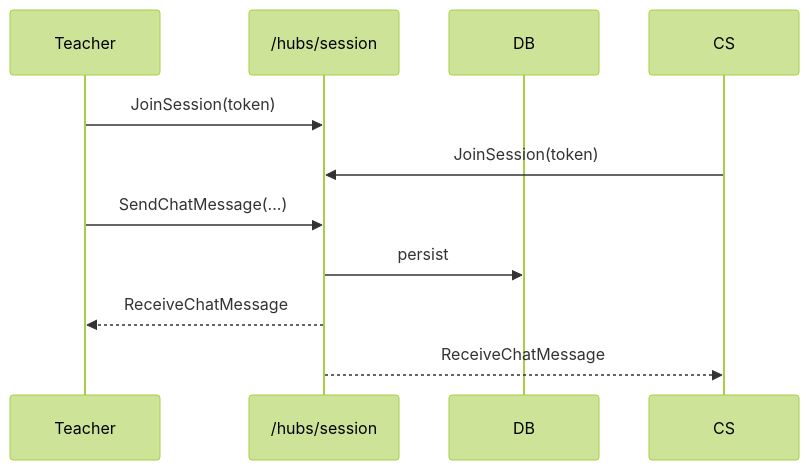
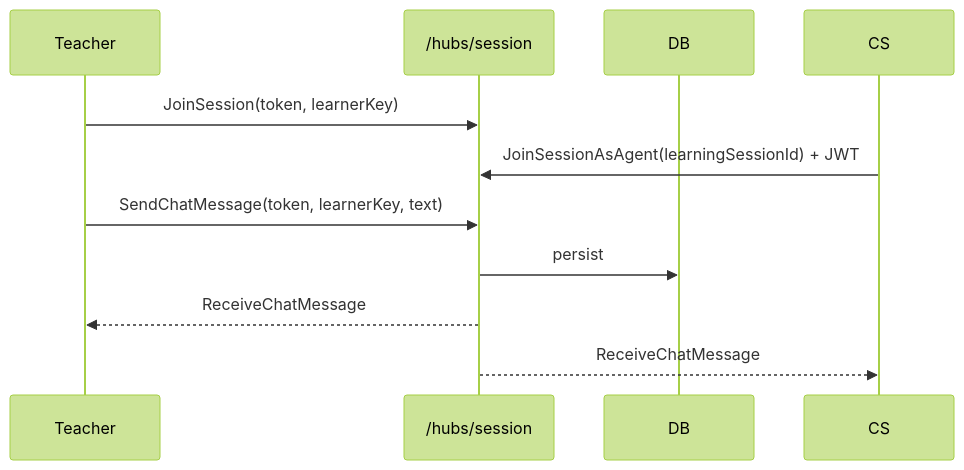
One commit to Sathaporn24/sb_supportroom changed the fifth of 5 diagrams in frontend/docs/SEQUENCE_DIAGRAMS.md. Above: the diagram before and after it, drawn with Mermaid (forest theme). The commit also changed 16 other files, not shown here.

````diff
--- a/frontend/docs/SEQUENCE_DIAGRAMS.md
+++ b/frontend/docs/SEQUENCE_DIAGRAMS.md
@@ -114,13 +114,13 @@
 ```mermaid
 sequenceDiagram
     participant Teacher
     participant Hub as /hubs/session
     participant DB
     participant CS
-    Teacher->>Hub: JoinSession(token)
-    CS->>Hub: JoinSession(token)
-    Teacher->>Hub: SendChatMessage(...)
+    Teacher->>Hub: JoinSession(token, learnerKey)
+    CS->>Hub: JoinSessionAsAgent(learningSessionId) + JWT
+    Teacher->>Hub: SendChatMessage(token, learnerKey, text)
     Hub->>DB: persist
     Hub-->>Teacher: ReceiveChatMessage
     Hub-->>CS: ReceiveChatMessage
 ```
````
